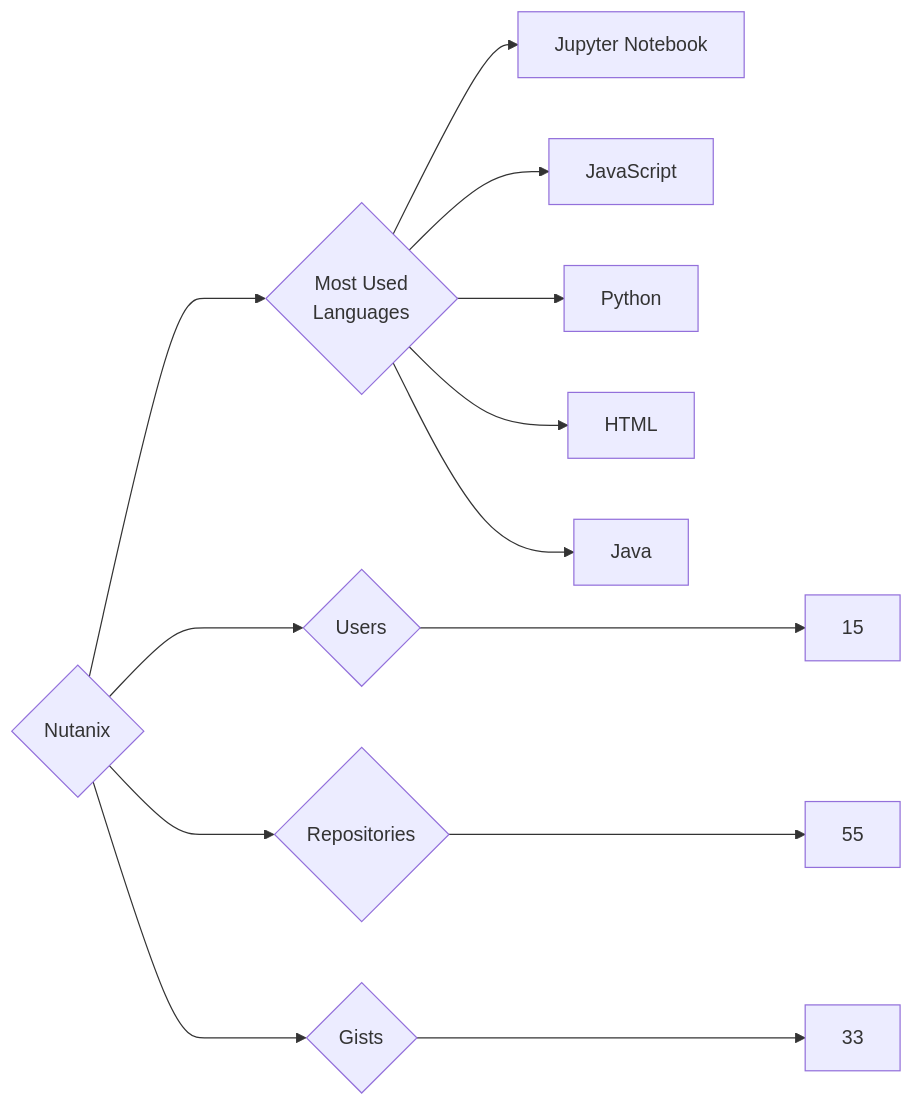
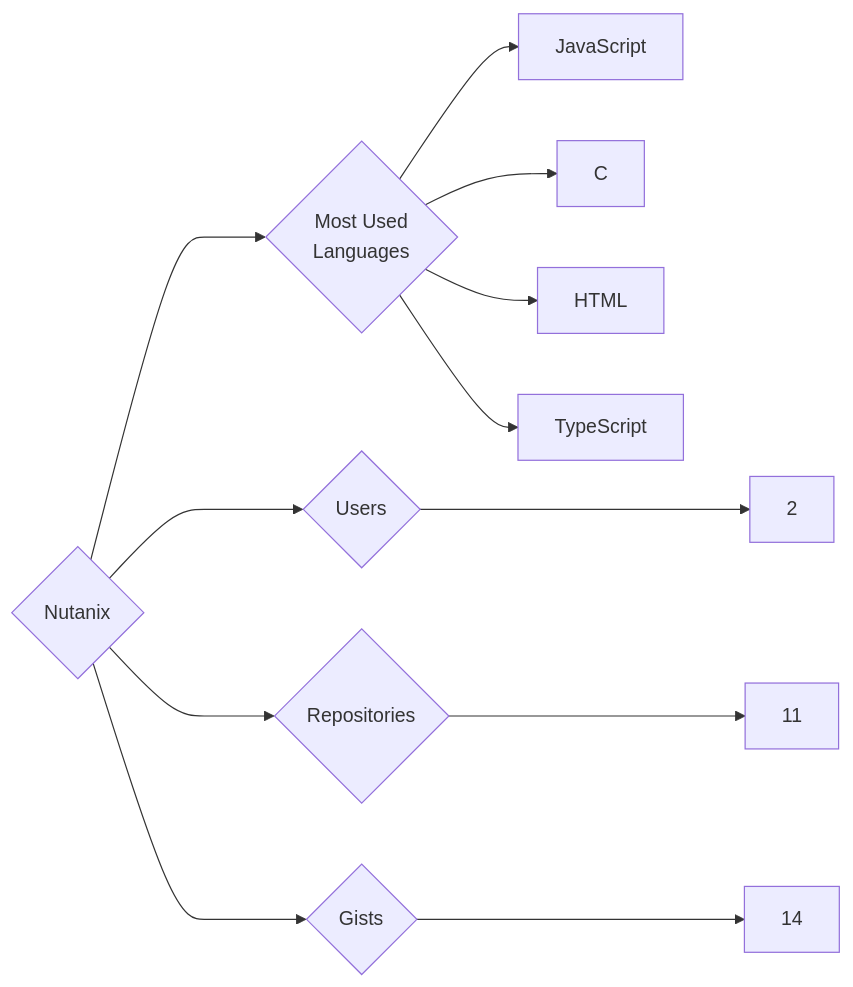
One commit to trickest/insiders changed the diagram in targets/Nutanix/README.md. Above: the diagram before and after it, drawn with Mermaid. The commit also changed 797 other files, not shown here.

````diff
--- a/targets/Nutanix/README.md
+++ b/targets/Nutanix/README.md
@@ -3,13 +3,12 @@
 ```mermaid
 graph LR
 COMPANY_NAME{Nutanix}
-COMPANY_NAME ---> U{Users} ---> UN[15]
-COMPANY_NAME ---> R{Repositories} ---> RN[55]
-COMPANY_NAME ---> G{Gists} ---> GN[33]
+COMPANY_NAME ---> U{Users} ---> UN[2]
+COMPANY_NAME ---> R{Repositories} ---> RN[11]
+COMPANY_NAME ---> G{Gists} ---> GN[14]
 COMPANY_NAME ---> ML{Most Used<br>Languages}
-ML --> Jupyter_Notebook[Jupyter Notebook]
 ML --> JavaScript[JavaScript]
-ML --> Python[Python]
+ML --> C[C]
 ML --> HTML[HTML]
-ML --> Java[Java]
+ML --> TypeScript[TypeScript]
 ```
````
